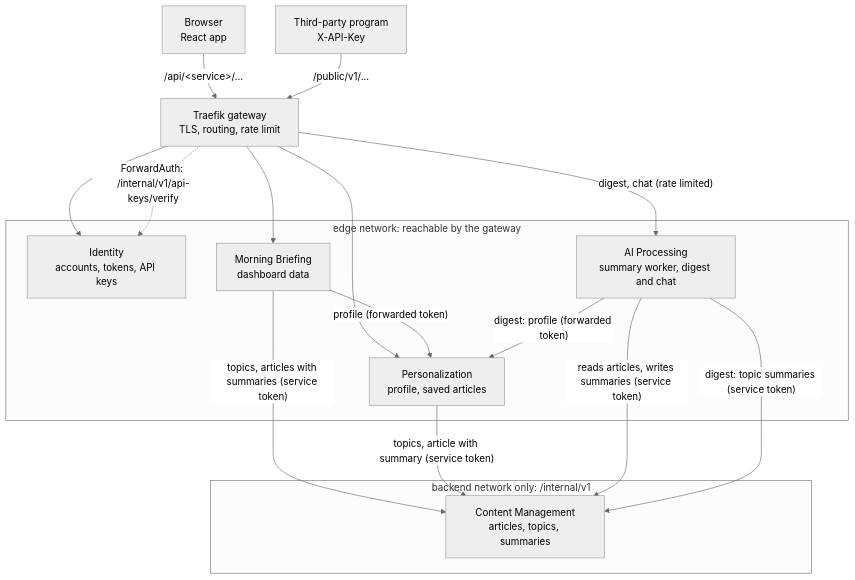
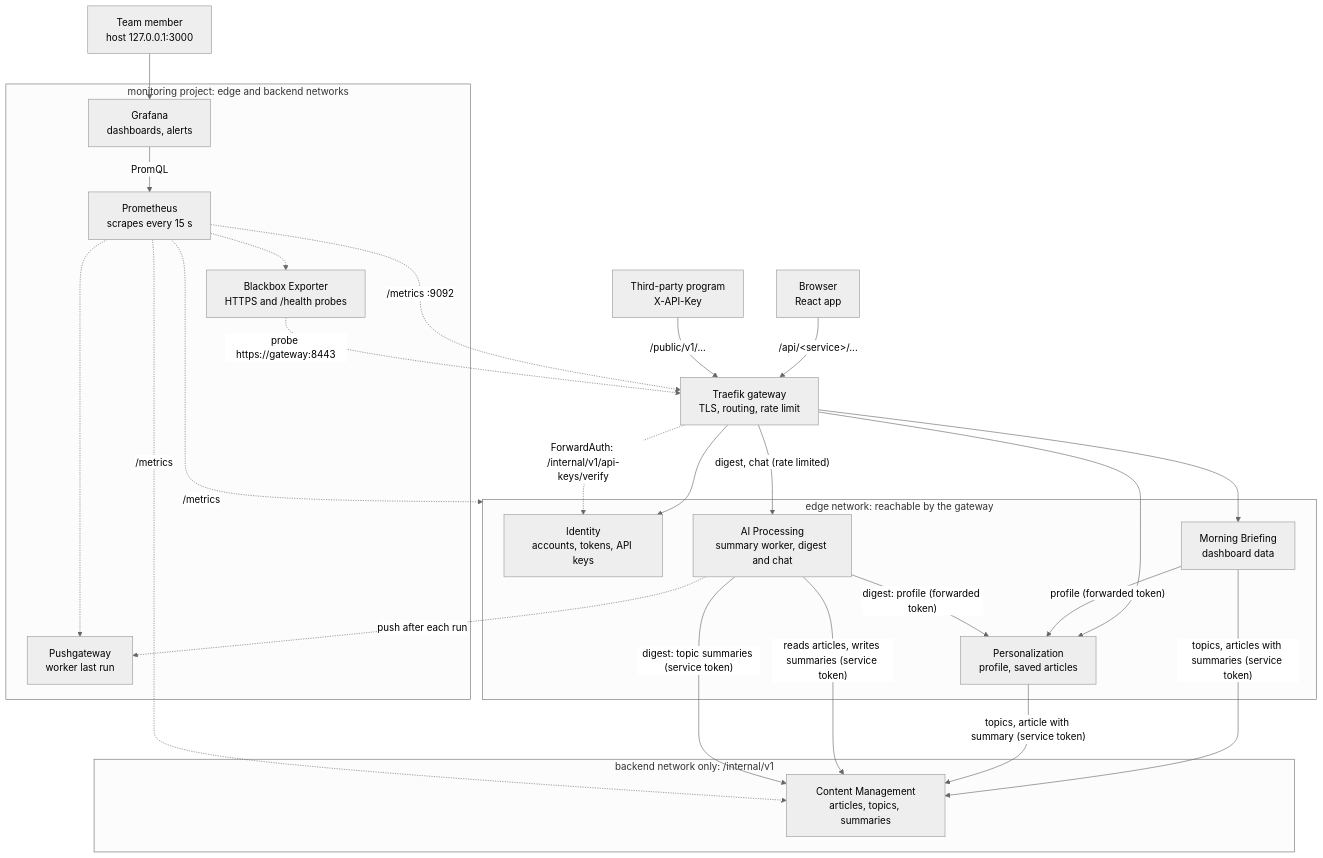
One commit to jag-rosa42/brief.ly changed the diagram in docs/api/06_service-to-service.md. Above: the diagram before and after it, drawn with Mermaid (neutral theme). The commit also changed other lines of this file and 3 other files, not shown here.

````diff
--- a/docs/api/06_service-to-service.md
+++ b/docs/api/06_service-to-service.md
@@ -9,29 +11,46 @@
 ```mermaid
 flowchart TD
   FE["Browser<br/>React app"] -- "/api/&lt;service&gt;/..." --> GW
   SC["Third-party program<br/>X-API-Key"] -- "/public/v1/..." --> GW
   GW["Traefik gateway<br/>TLS, routing, rate limit"]
 
   subgraph edge ["edge network: reachable by the gateway"]
     ID["Identity<br/>accounts, tokens, API keys"]
     PE["Personalization<br/>profile, saved articles"]
     MB["Morning Briefing<br/>dashboard data"]
     AI["AI Processing<br/>summary worker, digest and chat"]
   end
   subgraph backendonly ["backend network only: /internal/v1"]
     CM["Content Management<br/>articles, topics, summaries"]
   end
 
   GW --> ID
   GW --> PE
   GW --> MB
   GW -- "digest, chat (rate limited)" --> AI
   GW -. "ForwardAuth: /internal/v1/api-keys/verify" .-> ID
 
   MB -- "profile (forwarded token)" --> PE
   MB -- "topics, articles with summaries (service token)" --> CM
   PE -- "topics, article with summary (service token)" --> CM
   AI -- "reads articles, writes summaries (service token)" --> CM
   AI -- "digest: profile (forwarded token)" --> PE
   AI -- "digest: topic summaries (service token)" --> CM
+
+  subgraph monitoring ["monitoring project: edge and backend networks"]
+    GF["Grafana<br/>dashboards, alerts"]
+    PR["Prometheus<br/>scrapes every 15 s"]
+    PG["Pushgateway<br/>worker last run"]
+    BB["Blackbox Exporter<br/>HTTPS and /health probes"]
+  end
+
+  OP["Team member<br/>host 127.0.0.1:3000"] --> GF
+  GF -- "PromQL" --> PR
+  PR -. "/metrics :9092" .-> GW
+  PR -. "/metrics" .-> edge
+  PR -. "/metrics" .-> CM
+  PR -.-> PG
+  PR -.-> BB
+  AI -. "push after each run" .-> PG
+  BB -. "probe https://gateway:8443" .-> GW
 ```
````
